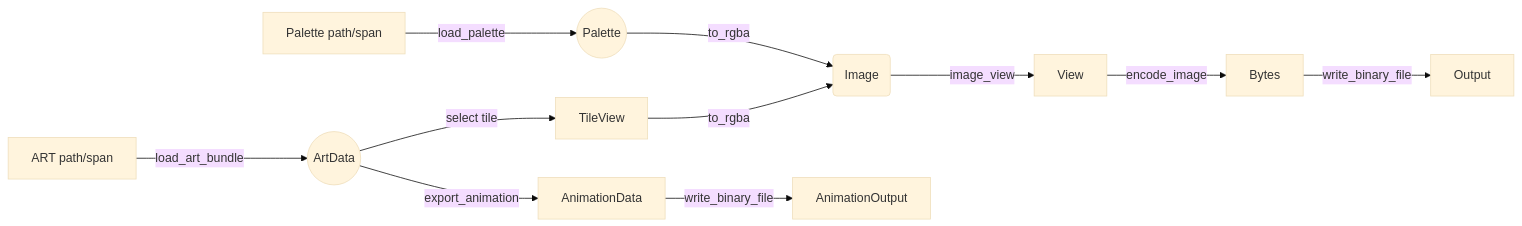
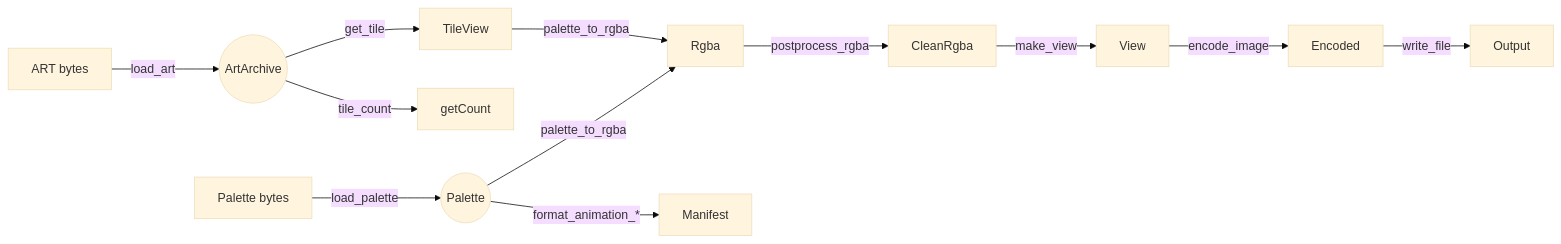
The diagram in docs/plan/architecture.md (raulcorreia7/art2img), drawn with Mermaid (base theme) before and after one commit. The commit also changed other lines of this file and 70 other files, not shown here.

````diff
--- a/docs/plan/architecture.md
+++ b/docs/plan/architecture.md
@@ -93,13 +17,14 @@
 ```mermaid
 graph LR
-  P[Palette path/span] -->|load_palette| PaletteRes((Palette))
-  A[ART path/span] -->|load_art_bundle| ArtRes((ArtData))
-  ArtRes -->|select tile| TileView
-  PaletteRes -->|to_rgba| RGBA(Image)
-  TileView -->|to_rgba| RGBA
-  RGBA -->|image_view| View
-  View -->|encode_image| Bytes
-  Bytes -->|write_binary_file| Output
-  ArtRes -->|export_animation| AnimationData
-  AnimationData -->|write_binary_file| AnimationOutput
+  Palette[Palette bytes] -->|load_palette| PaletteRes((Palette))
+  Art[ART bytes] -->|load_art| ArchiveRes((ArtArchive))
+  ArchiveRes -->|tile_count|getCount
+  ArchiveRes -->|get_tile|TileView
+  TileView -->|palette_to_rgba| Rgba
+  PaletteRes -->|palette_to_rgba| Rgba
+  Rgba -->|postprocess_rgba| CleanRgba
+  CleanRgba -->|make_view| View
+  View -->|encode_image| Encoded
+  Encoded -->|write_file| Output
+  PaletteRes -->|format_animation_*| Manifest
 ```
````
